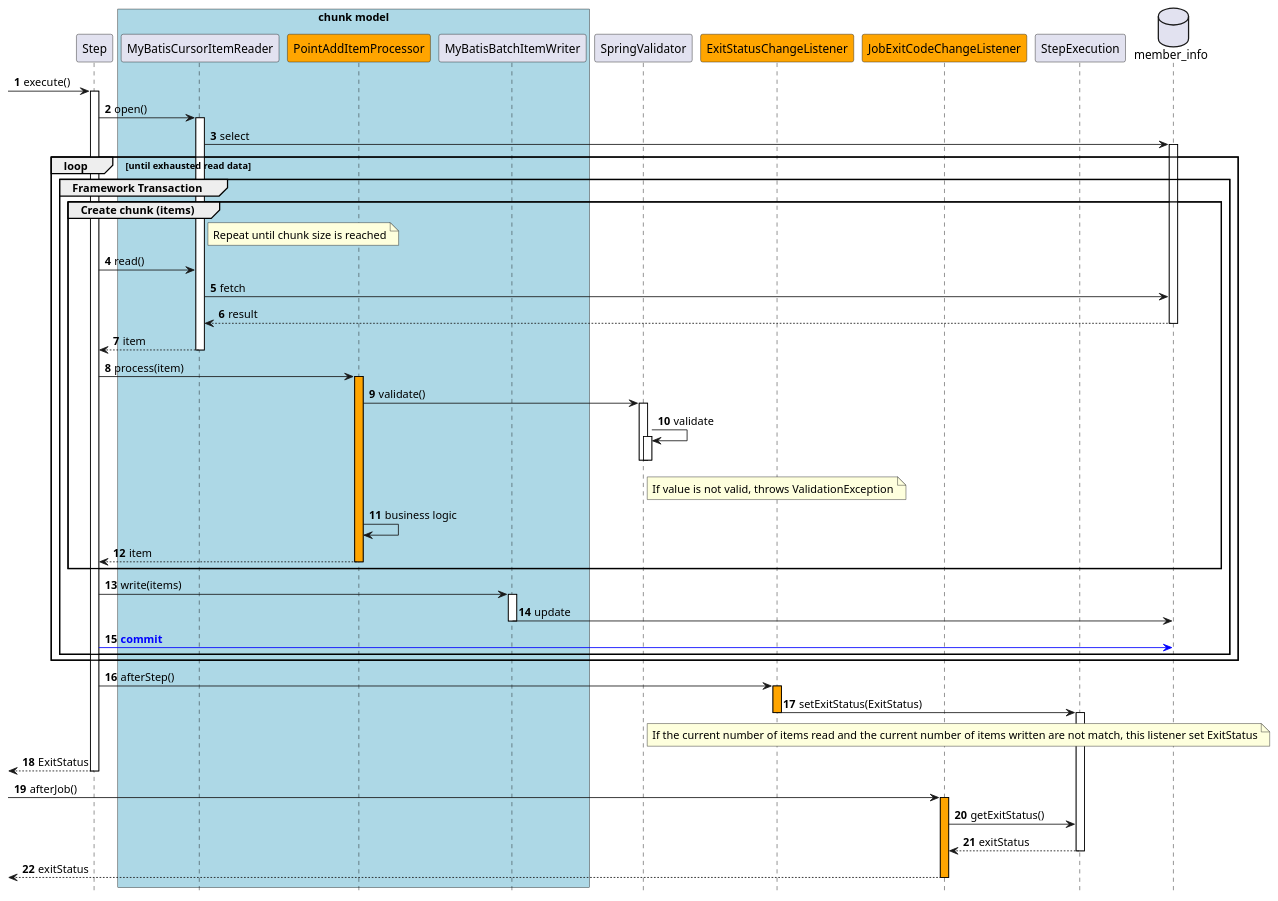
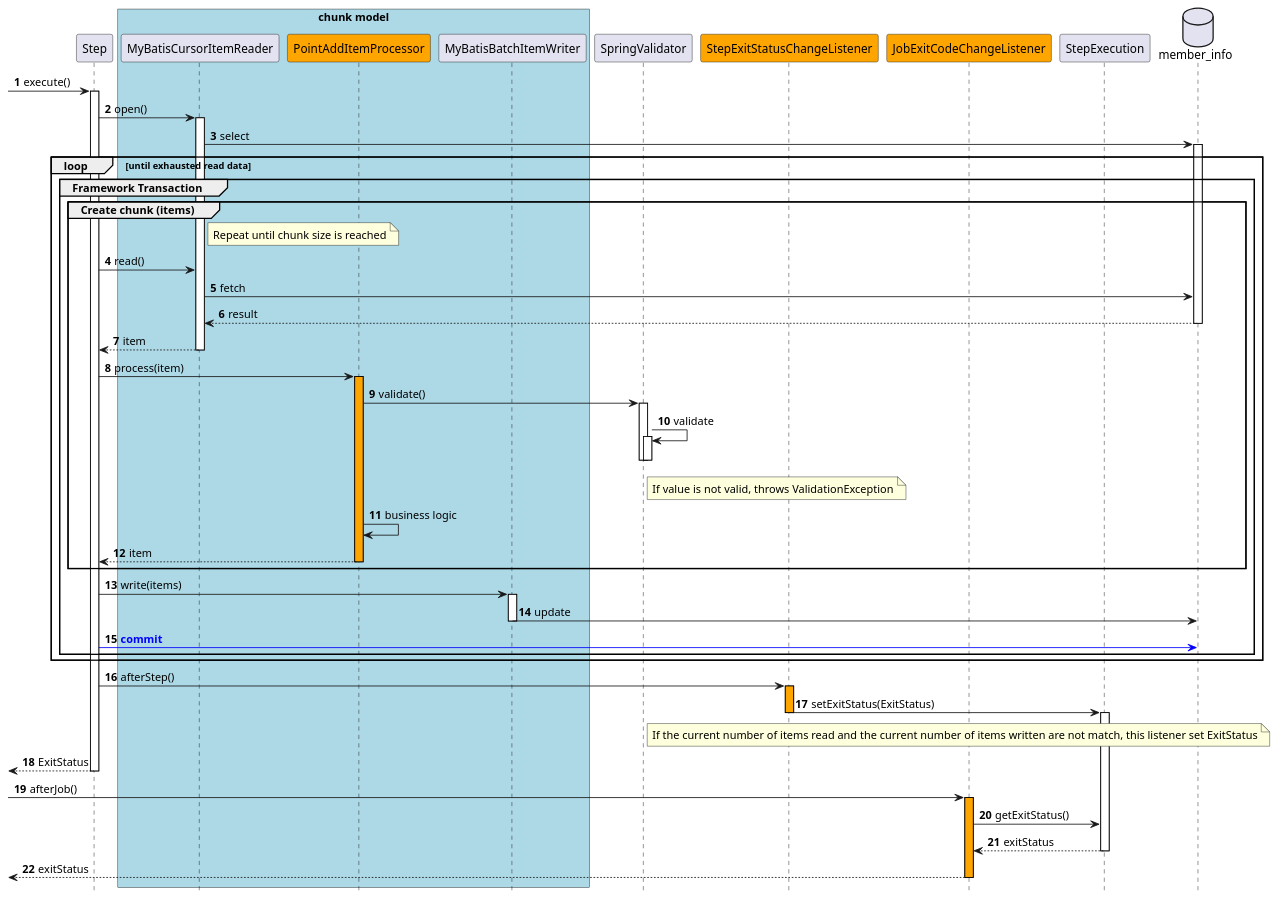
Before and after one commit to Macchinetta/batch-guideline: the diagram in src/main/asciidoc/images/ch09/ExceptionHandlingWithTryCatch/Ch09_ExceptionHandlingWithTryCatchJob_ProcessSequence_ChunkModel.pu, drawn with PlantUML. The commit also changed 125 other files, not shown here.

```diff
--- a/src/main/asciidoc/images/ch09/ExceptionHandlingWithTryCatch/Ch09_ExceptionHandlingWithTryCatchJob_ProcessSequence_ChunkModel.pu
+++ b/src/main/asciidoc/images/ch09/ExceptionHandlingWithTryCatch/Ch09_ExceptionHandlingWithTryCatchJob_ProcessSequence_ChunkModel.pu
@@ -1,102 +1,102 @@
 @startuml
 
 hide footbox
 autonumber
 
 participant Step
 box "chunk model" #lightblue
 participant MyBatisCursorItemReader
 participant PointAddItemProcessor #Orange
 participant MyBatisBatchItemWriter
 end box
 participant SpringValidator
-participant ExitStatusChangeListener #Orange
+participant StepExitStatusChangeListener #Orange
 participant JobExitCodeChangeListener #Orange
 participant StepExecution
 database "member_info" as db
 
 [->Step : execute()
 activate Step
 Step -> MyBatisCursorItemReader : open()
 activate MyBatisCursorItemReader
 MyBatisCursorItemReader -> db : select
 activate db
 loop until exhausted read data
     group Framework Transaction
         group Create chunk (items)
             note right of MyBatisCursorItemReader: Repeat until chunk size is reached
             Step -> MyBatisCursorItemReader : read()
             MyBatisCursorItemReader -> db : fetch
             db --> MyBatisCursorItemReader : result
             deactivate db
             MyBatisCursorItemReader --> Step : item
             deactivate MyBatisCursorItemReader
             Step -> PointAddItemProcessor : process(item)
             activate PointAddItemProcessor #Orange
             PointAddItemProcessor -> SpringValidator : validate()
             activate SpringValidator
             SpringValidator -> SpringValidator : validate
             activate SpringValidator
             note right of SpringValidator: If value is not valid, throws ValidationException
             deactivate SpringValidator
             deactivate SpringValidator
             PointAddItemProcessor -> PointAddItemProcessor : business logic
             PointAddItemProcessor --> Step : item
             deactivate PointAddItemProcessor
         end
         Step -> MyBatisBatchItemWriter : write(items)
         activate MyBatisBatchItemWriter
         MyBatisBatchItemWriter -> db : update
         deactivate MyBatisBatchItemWriter
         Step [#blue]-> db : <font color="blue"><b>commit</b></font>
     end
 end
-Step -> ExitStatusChangeListener : afterStep()
-activate ExitStatusChangeListener #Orange
-ExitStatusChangeListener -> StepExecution : setExitStatus(ExitStatus)
-deactivate ExitStatusChangeListener
+Step -> StepExitStatusChangeListener : afterStep()
+activate StepExitStatusChangeListener #Orange
+StepExitStatusChangeListener -> StepExecution : setExitStatus(ExitStatus)
+deactivate StepExitStatusChangeListener
 note right of SpringValidator: If the current number of items read and the current number of items written are not match, this listener set ExitStatus
 activate StepExecution
 Step-->[ : ExitStatus
 deactivate Step
 [-> JobExitCodeChangeListener: afterJob()
 activate JobExitCodeChangeListener #Orange
 JobExitCodeChangeListener -> StepExecution : getExitStatus()
 StepExecution --> JobExitCodeChangeListener : exitStatus
 deactivate StepExecution
 JobExitCodeChangeListener -->[ : exitStatus
 deactivate JobExitCodeChangeListener
 
 'Set styles such as format and color of each figure
 skinparam Note {
   BackgroundColor #b7fab1
   BorderColor black
 }
 
 skinparam Class {
   BorderColor black
   ArrowColor black
 }
 
 skinparam Sequence {
   BorderColor black
   ActorBorderColor black
   ArrowColor black
   LifeLineBorderColor black
   BoxLineColor black
   ParticipantBorderColor black
 }
 
 skinparam componentStyle uml2
 
 skinparam Component {
   BorderColor black
   ArrowColor black
 }
 
 skinparam Interface {
   BorderColor black
   ArrowColor black
 }
 
 @enduml
```
